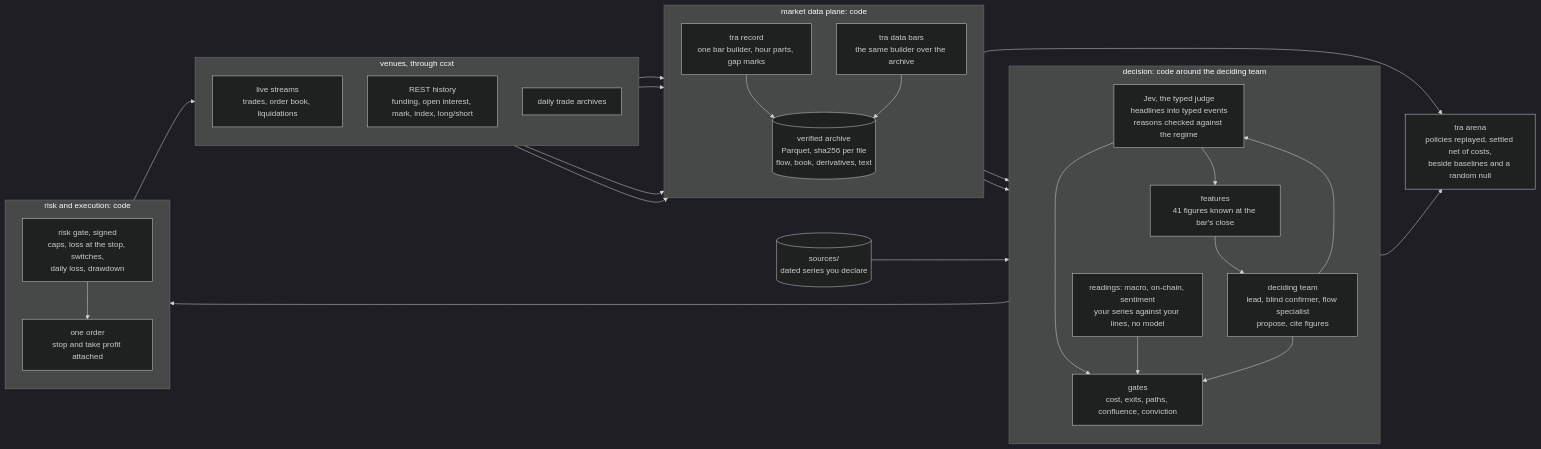
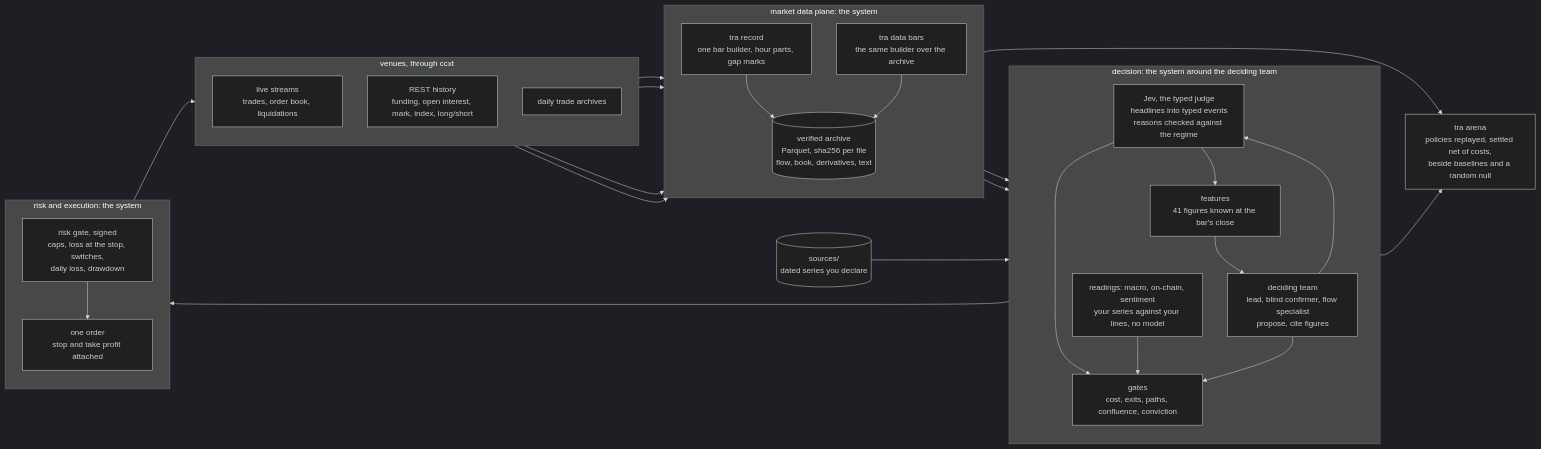
One commit to BijectiveLabs/bitra changed the first of 2 diagrams in README.md. Above: the diagram before and after it, drawn with Mermaid (dark theme). The commit also changed other lines of this file and 21 other files, not shown here.

Commit message:
docs: the system, not code, for what the software does

````diff
--- a/README.md
+++ b/README.md
@@ -108,41 +108,41 @@
 ```mermaid
 flowchart LR
     subgraph venues["venues, through ccxt"]
         direction TB
         streams["live streams<br/>trades, order book, liquidations"]
         rest["REST history<br/>funding, open interest, mark, index, long/short"]
         archives["daily trade archives"]
     end
-    subgraph plane["market data plane: code"]
+    subgraph plane["market data plane: the system"]
         direction TB
         record["tra record<br/>one bar builder, hour parts, gap marks"]
         bars["tra data bars<br/>the same builder over the archive"]
         store[("verified archive<br/>Parquet, sha256 per file<br/>flow, book, derivatives, text")]
     end
-    subgraph decide["decision: code around the deciding team"]
+    subgraph decide["decision: the system around the deciding team"]
         direction TB
         judge["Jev, the typed judge<br/>headlines into typed events<br/>reasons checked against the regime"]
         features["features<br/>41 figures known at the bar's close"]
         readings["readings: macro, on-chain, sentiment<br/>your series against your lines, no model"]
         analyst["deciding team<br/>lead, blind confirmer, flow specialist<br/>propose, cite figures"]
         gates["gates<br/>cost, exits, paths, confluence, conviction"]
     end
     shelf[("sources/<br/>dated series you declare")]
-    subgraph act["risk and execution: code"]
+    subgraph act["risk and execution: the system"]
         direction TB
         risk["risk gate, signed<br/>caps, loss at the stop, switches,<br/>daily loss, drawdown"]
         order["one order<br/>stop and take profit attached"]
     end
     arena["tra arena<br/>policies replayed, settled net of costs,<br/>beside baselines and a random null"]
     streams --> record --> store
     archives --> bars --> store
     rest --> record
     rest --> bars
     store --> features
     store --> judge --> features
     analyst --> judge --> gates
     shelf --> readings --> gates
     features --> analyst --> gates --> risk --> order --> venues
     store --> arena
     features --> arena
 ```
````
